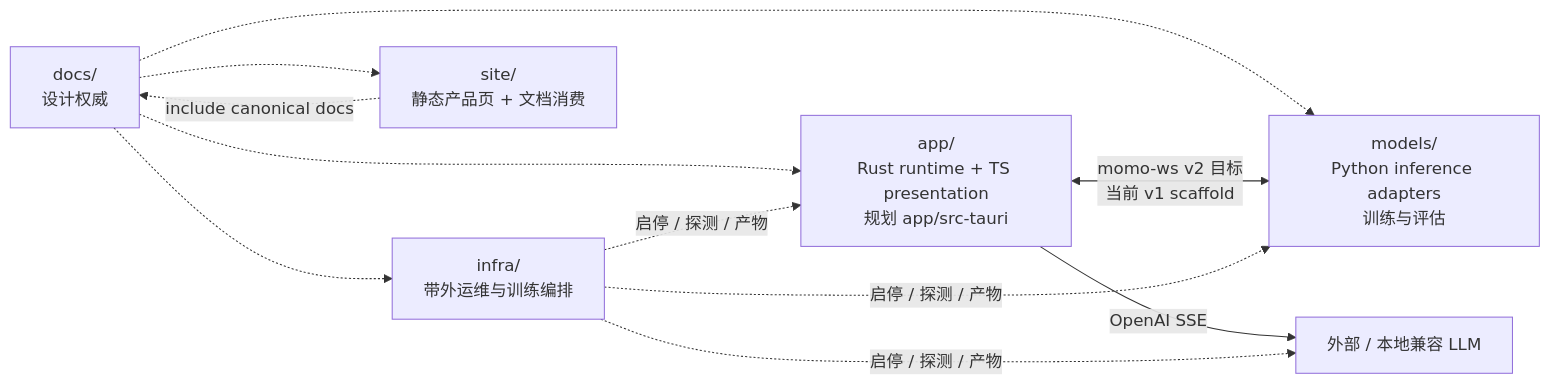
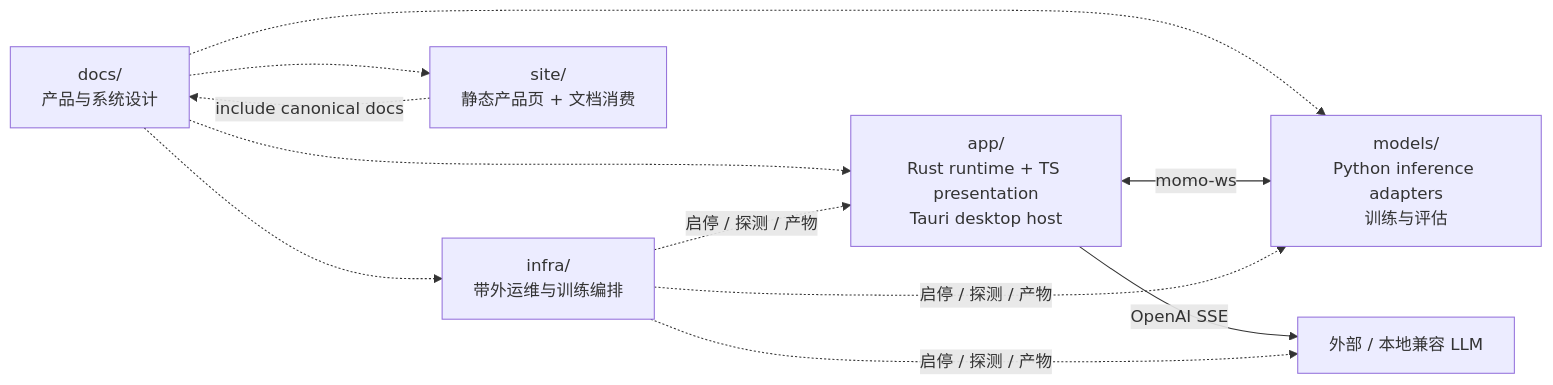
One commit to Momoyeyu/momo changed the diagram in docs/01-architecture/boundaries.md. Above: the diagram before and after it, drawn with Mermaid. The commit also changed other lines of this file and 23 other files, not shown here.

````diff
--- a/docs/01-architecture/boundaries.md
+++ b/docs/01-architecture/boundaries.md
@@ -7,11 +7,11 @@
 ```mermaid
 flowchart LR
-    DOCS["docs/<br/>设计权威"] -.-> APP["app/<br/>Rust runtime + TS presentation<br/>规划 app/src-tauri"]
+    DOCS["docs/<br/>产品与系统设计"] -.-> APP["app/<br/>Rust runtime + TS presentation<br/>Tauri desktop host"]
     DOCS -.-> MODELS["models/<br/>Python inference adapters<br/>训练与评估"]
     DOCS -.-> INFRA["infra/<br/>带外运维与训练编排"]
     DOCS -.-> SITE["site/<br/>静态产品页 + 文档消费"]
-    APP <-->|"momo-ws v2 目标<br/>当前 v1 scaffold"| MODELS
+    APP <-->|"momo-ws"| MODELS
     APP -->|"OpenAI SSE"| LLM["外部 / 本地兼容 LLM"]
     INFRA -.->|"启停 / 探测 / 产物"| APP & MODELS & LLM
     SITE -.->|"include canonical docs"| DOCS
 ```
````
